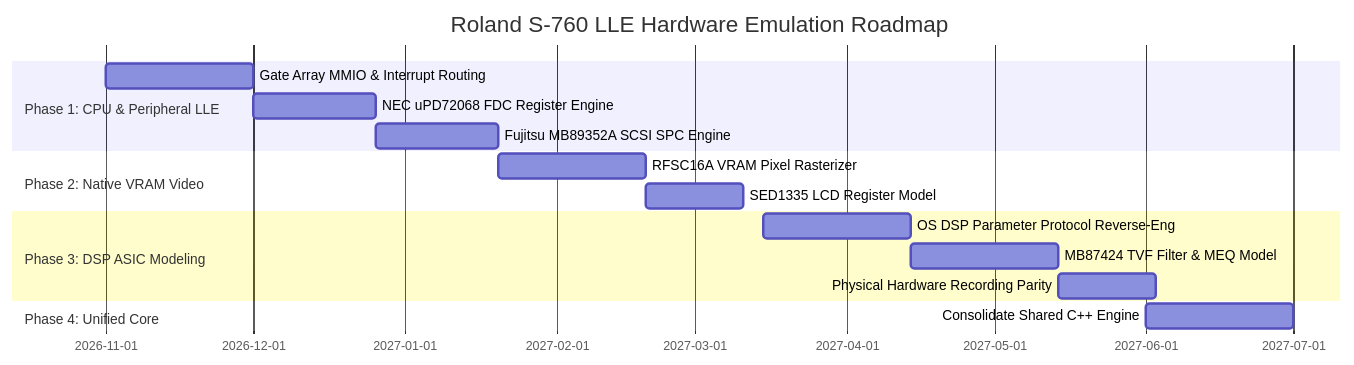
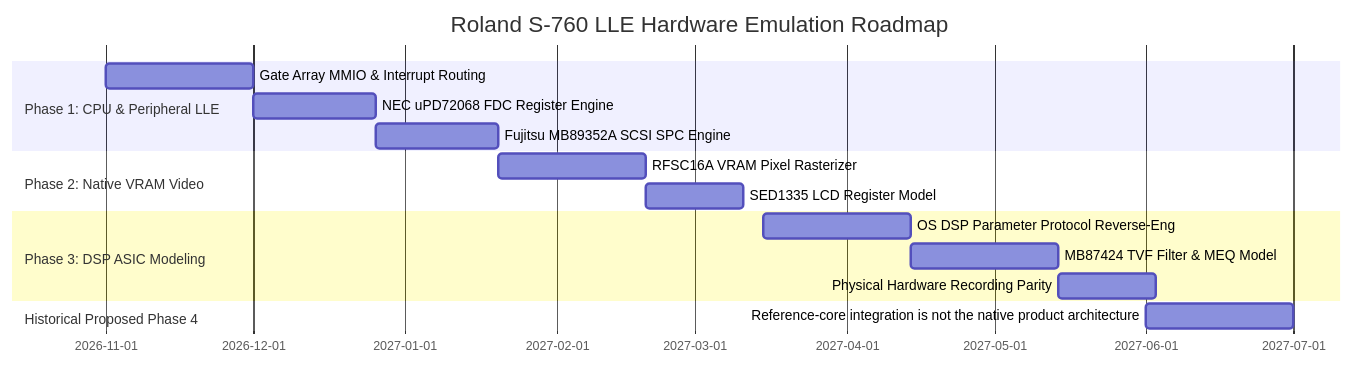
The fourth of 4 diagrams in docs/LLE_ROADMAP_AND_FIDELITY_ASSESSMENT.md (JefroB/s760-Emulator), drawn with Mermaid before and after one commit. The commit also changed other lines of this file and 87 other files, not shown here.

````diff
--- a/docs/LLE_ROADMAP_AND_FIDELITY_ASSESSMENT.md
+++ b/docs/LLE_ROADMAP_AND_FIDELITY_ASSESSMENT.md
@@ -131,18 +129,18 @@
 ```mermaid
 gantt
     title Roland S-760 LLE Hardware Emulation Roadmap
     dateFormat  YYYY-MM-DD
     section Phase 1: CPU & Peripheral LLE
     Gate Array MMIO & Interrupt Routing   :lle_1, 2026-11-01, 30d
     NEC uPD72068 FDC Register Engine     :lle_2, after lle_1, 25d
     Fujitsu MB89352A SCSI SPC Engine      :lle_3, after lle_2, 25d
     section Phase 2: Native VRAM Video
     RFSC16A VRAM Pixel Rasterizer         :vdp_1, 2027-01-20, 30d
     SED1335 LCD Register Model            :vdp_2, after vdp_1, 20d
     section Phase 3: DSP ASIC Modeling
     OS DSP Parameter Protocol Reverse-Eng :dsp_1, 2027-03-15, 30d
     MB87424 TVF Filter & MEQ Model        :dsp_2, after dsp_1, 30d
     Physical Hardware Recording Parity    :dsp_3, after dsp_2, 20d
-    section Phase 4: Unified Core
-    Consolidate Shared C++ Engine         :core_1, 2027-06-01, 30d
+    section Historical Proposed Phase 4
+    Reference-core integration is not the native product architecture :core_1, 2027-06-01, 30d
 ```
````
